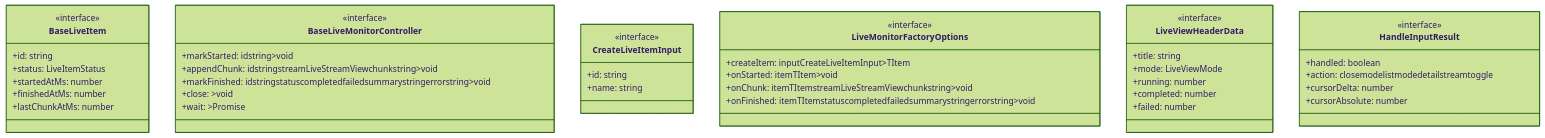
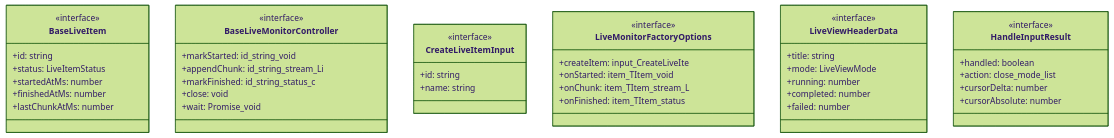
The first of 4 diagrams in ABDD/.pi/lib/tui/live-monitor-base.md (Mekann2904/mekann), drawn with Mermaid (forest theme) before and after one commit. The commit also changed other lines of this file and 174 other files, not shown here.

First line of the commit message:
fix(docs): ABDDのMermaid図生成エラーを修正する

````diff
--- a/ABDD/.pi/lib/tui/live-monitor-base.md
+++ b/ABDD/.pi/lib/tui/live-monitor-base.md
@@ -60,46 +60,46 @@
 ```mermaid
 classDiagram
   class BaseLiveItem {
     <<interface>>
     +id: string
     +status: LiveItemStatus
     +startedAtMs: number
     +finishedAtMs: number
     +lastChunkAtMs: number
   }
   class BaseLiveMonitorController {
     <<interface>>
-    +markStarted: idstring>void
-    +appendChunk: idstringstreamLiveStreamViewchunkstring>void
-    +markFinished: idstringstatuscompletedfailedsummarystringerrorstring>void
-    +close: >void
-    +wait: >Promise<void>
+    +markStarted: id_string_void
+    +appendChunk: id_string_stream_Li
+    +markFinished: id_string_status_c
+    +close: void
+    +wait: Promise_void
   }
   class CreateLiveItemInput {
     <<interface>>
     +id: string
     +name: string
   }
   class LiveMonitorFactoryOptions {
     <<interface>>
-    +createItem: inputCreateLiveItemInput>TItem
-    +onStarted: itemTItem>void
-    +onChunk: itemTItemstreamLiveStreamViewchunkstring>void
-    +onFinished: itemTItemstatuscompletedfailedsummarystringerrorstring>void
+    +createItem: input_CreateLiveIte
+    +onStarted: item_TItem_void
+    +onChunk: item_TItem_stream_L
+    +onFinished: item_TItem_status
   }
   class LiveViewHeaderData {
     <<interface>>
     +title: string
     +mode: LiveViewMode
     +running: number
     +completed: number
     +failed: number
   }
   class HandleInputResult {
     <<interface>>
     +handled: boolean
-    +action: closemodelistmodedetailstreamtoggle
+    +action: close_mode_list
     +cursorDelta: number
     +cursorAbsolute: number
   }
 ```
````
